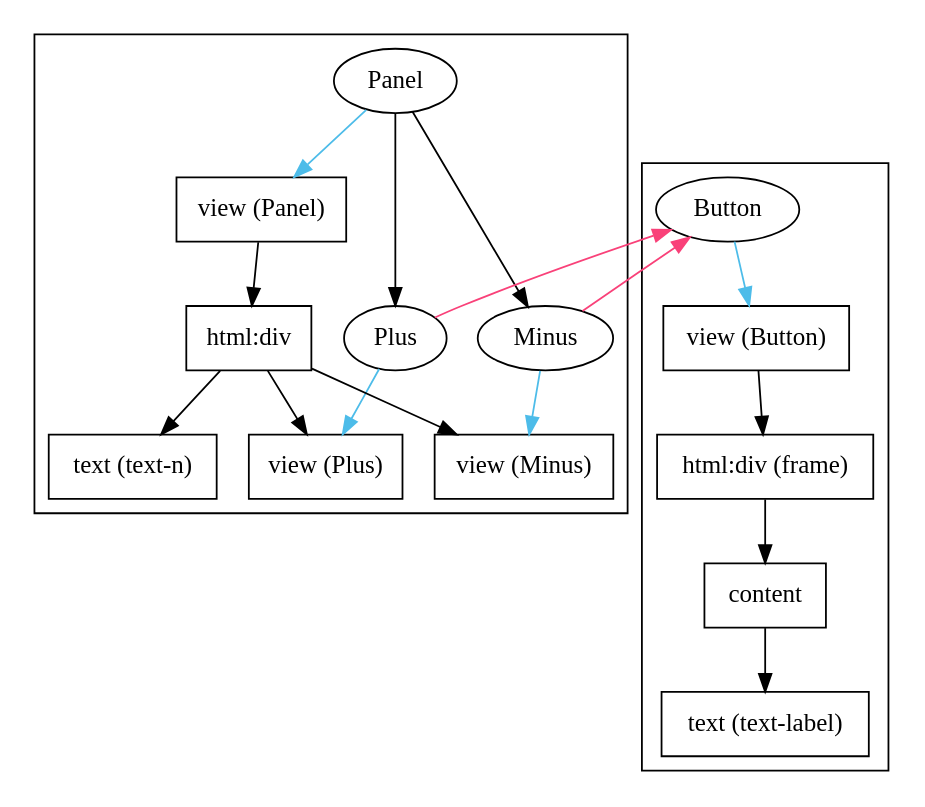
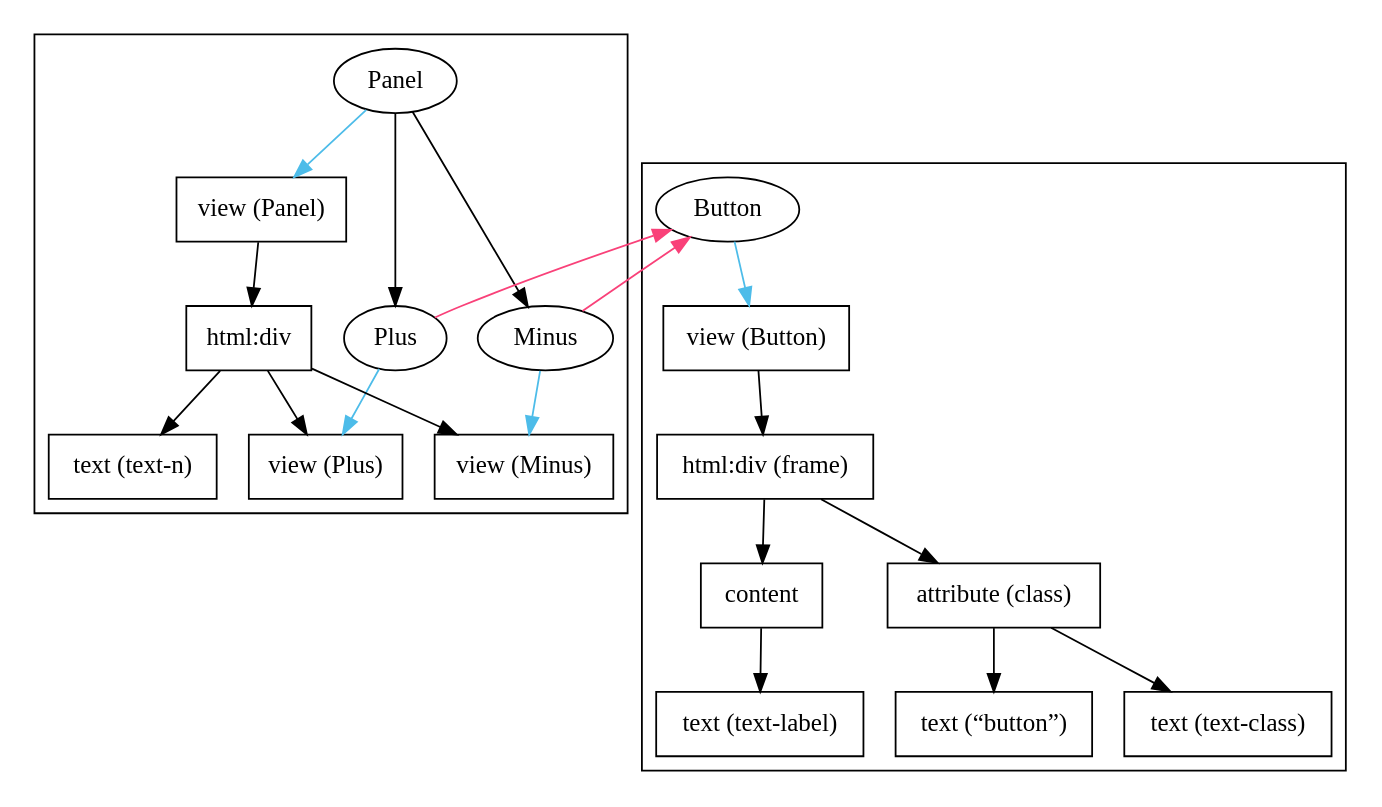
One commit to bendr/bender changed the diagram in doc/fig/panel.gv. Above: the diagram before and after it, drawn with Graphviz. The commit also changed 4 other files, not shown here.

```diff
--- a/doc/fig/panel.gv
+++ b/doc/fig/panel.gv
@@ -1,43 +1,50 @@
 digraph panel {
   node [fontname="Avenir Next"];
   edge [fontname="Avenir Next"];
 
   subgraph cluster_panel {
     Panel [ordering=out]
     Panel -> vpanel [color="#4dbce9"]
     Panel -> Plus
     Panel -> Minus
 
     subgraph { rank=same; Plus; Minus }
 
     div1 [label="html:div", shape=box]
     vpanel [label="view (Panel)", shape=box]
     vminus [label="view (Minus)", shape=box]
     vplus [label="view (Plus)", shape=box]
 
     textn [label="text (text-n)", shape=box]
     vpanel -> div1
     div1 -> textn
     div1 -> vminus
     div1 -> vplus
 
     Plus -> vplus [color="#4dbce9"]
     Minus -> vminus [color="#4dbce9"]
   }
 
   subgraph cluster_button {
 
     Button -> vbutton [color="#4dbce9"]
     vbutton [label="view (Button)", shape=box]
     frame [label="html:div (frame)", shape=box]
     content [shape=box]
     textlabel [label="text (text-label)", shape=box]
     vbutton -> frame
     frame -> content
+    frame -> attr
     content -> textlabel
+
+    attr [label="attribute (class)", shape=box]
+    text_button [label="text (“button”)", shape=box]
+    text_class [label="text (text-class)", shape=box]
+    attr -> text_button
+    attr -> text_class
 
     Button -> Minus [color="#f94179", dir=back]
     Button -> Plus  [color="#f94179", dir=back]
   }
 
 }
```
